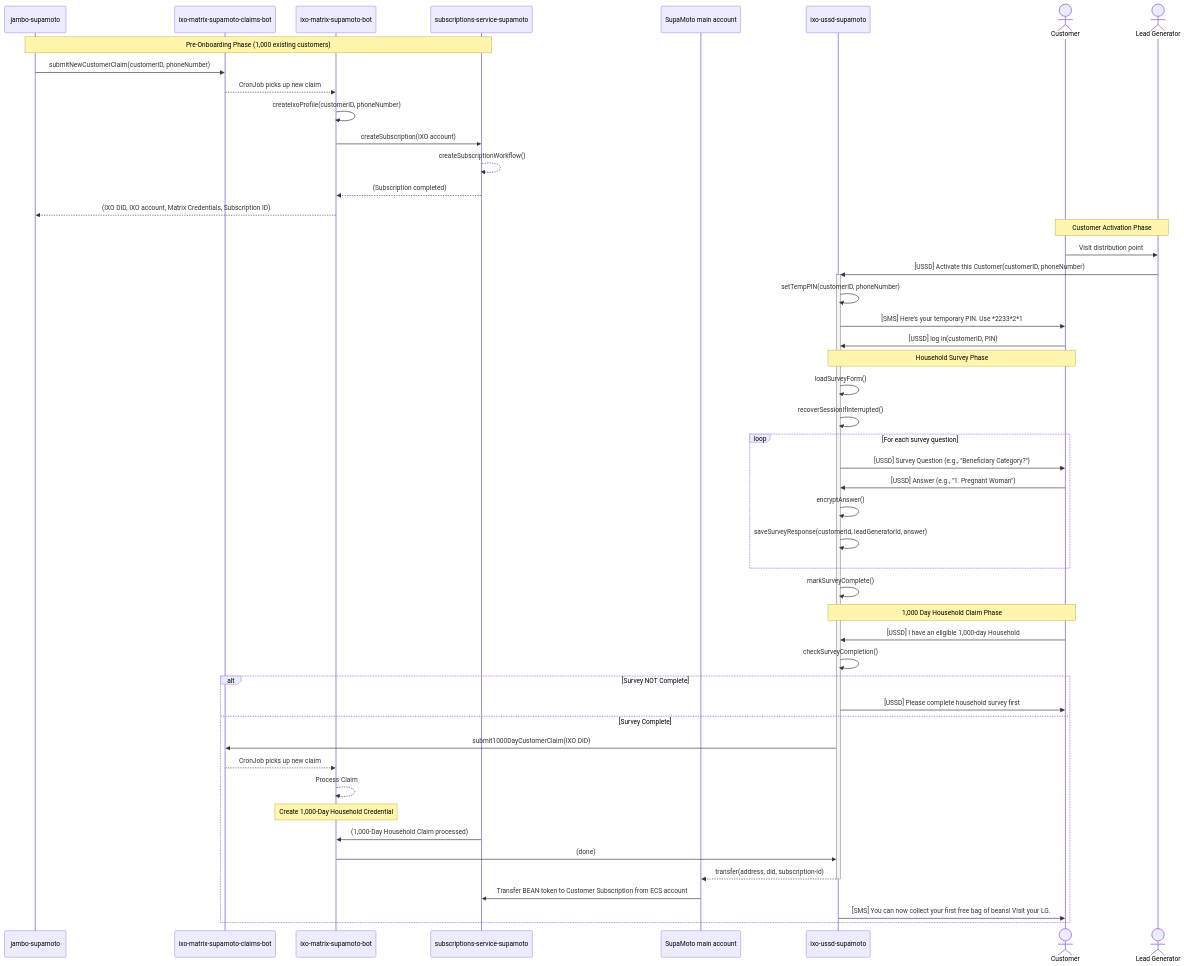
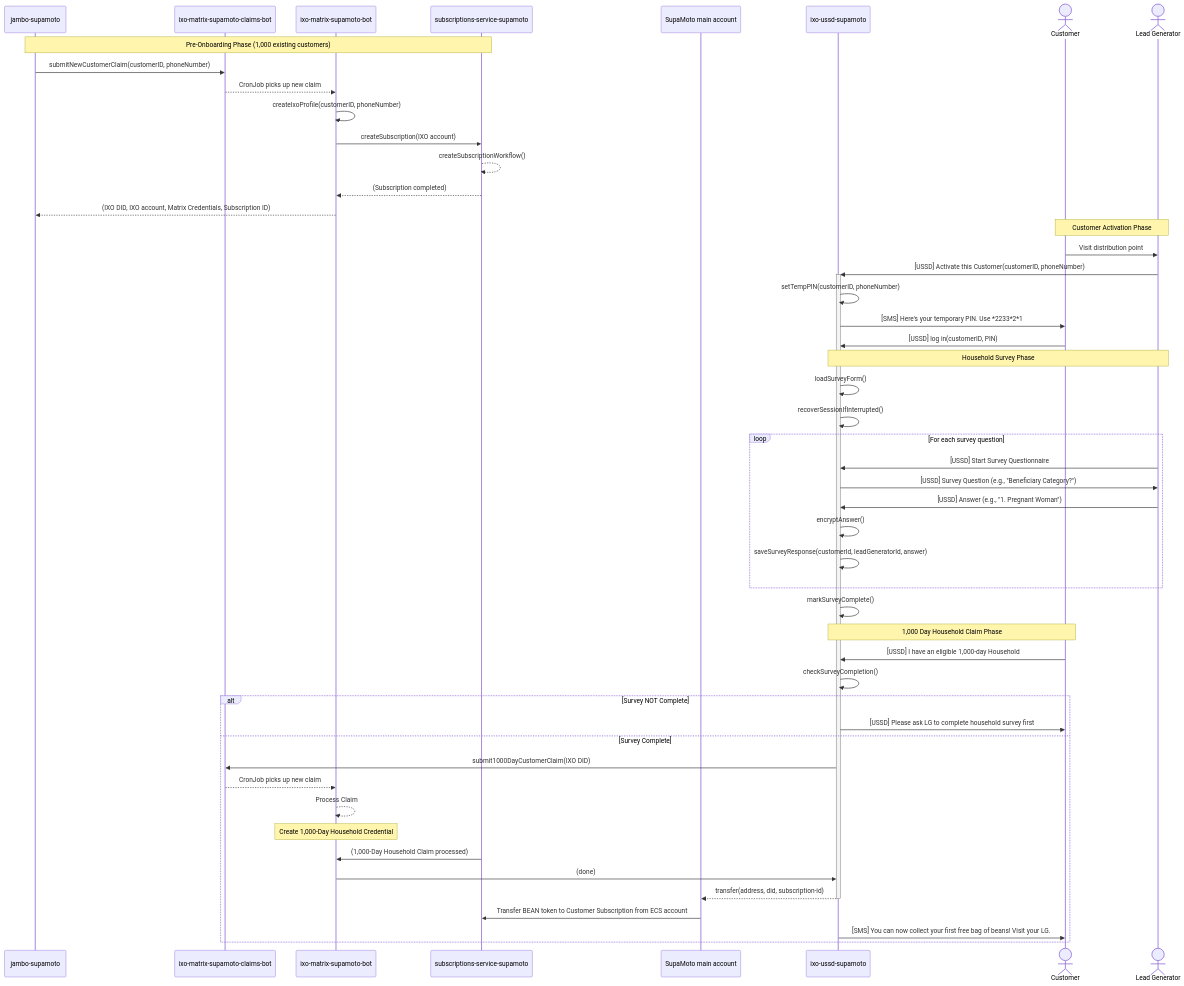
Before and after one commit to emerging-eco/ixo-ussd-supamoto: the first of 4 diagrams in docs/supamoto/SEQUENCE_DIAGRAM.md, drawn with Mermaid. The commit also changed 14 other files, not shown here.

````diff
--- a/docs/supamoto/SEQUENCE_DIAGRAM.md
+++ b/docs/supamoto/SEQUENCE_DIAGRAM.md
@@ -13,55 +13,56 @@
 ```mermaid
 sequenceDiagram
     participant jambo as jambo-supamoto
     participant claims-bot as ixo-matrix-supamoto-claims-bot
     participant matrix-bot as ixo-matrix-supamoto-bot
     participant subs-svc as subscriptions-service-supamoto
     participant SUPA as SupaMoto main account
     participant USSD as ixo-ussd-supamoto
     actor Customer
     actor LG as Lead Generator
 
     Note over jambo,subs-svc: Pre-Onboarding Phase (1,000 existing customers)
     jambo->>claims-bot: submitNewCustomerClaim(customerID, phoneNumber)
     claims-bot-->>matrix-bot: CronJob picks up new claim
     matrix-bot->>matrix-bot: createIxoProfile(customerID, phoneNumber)
     matrix-bot->>subs-svc: createSubscription(IXO account)
     subs-svc-->>subs-svc: createSubscriptionWorkflow()
     subs-svc-->>matrix-bot: (Subscription completed)
     matrix-bot-->>jambo: (IXO DID, IXO account, Matrix Credentials, Subscription ID)
 
     Note over Customer,LG: Customer Activation Phase
     Customer->>LG: Visit distribution point
     LG->>+USSD: [USSD] Activate this Customer(customerID, phoneNumber)
     USSD->>USSD: setTempPIN(customerID, phoneNumber)
     USSD->>Customer: [SMS] Here's your temporary PIN. Use *2233*2*1# to log in and reset your PIN.
     Customer->>USSD: [USSD] log in(customerID, PIN)
 
-    Note over USSD,Customer: Household Survey Phase
+    Note over USSD,LG: Household Survey Phase
     USSD->>USSD: loadSurveyForm()
     USSD->>USSD: recoverSessionIfInterrupted()
     loop For each survey question
-        USSD->>Customer: [USSD] Survey Question (e.g., "Beneficiary Category?")
-        Customer->>USSD: [USSD] Answer (e.g., "1. Pregnant Woman")
+        LG->>USSD: [USSD] Start Survey Questionnaire
+        USSD->>LG: [USSD] Survey Question (e.g., "Beneficiary Category?")
+        LG->>USSD: [USSD] Answer (e.g., "1. Pregnant Woman")
         USSD->>USSD: encryptAnswer()
         USSD->>USSD: saveSurveyResponse(customerId, leadGeneratorId, answer)
     end
     USSD->>USSD: markSurveyComplete()
 
     Note over USSD,Customer: 1,000 Day Household Claim Phase
     Customer->>USSD: [USSD] I have an eligible 1,000-day Household
     USSD->>USSD: checkSurveyCompletion()
     alt Survey NOT Complete
-        USSD->>Customer: [USSD] Please complete household survey first
+        USSD->>Customer: [USSD] Please ask LG to complete household survey first
     else Survey Complete
         USSD->>claims-bot: submit1000DayCustomerClaim(IXO DID)
         claims-bot-->>matrix-bot: CronJob picks up new claim
         matrix-bot-->>matrix-bot: Process Claim
         Note over matrix-bot: Create 1,000-Day Household Credential
         subs-svc->>matrix-bot: (1,000-Day Household Claim processed)
         matrix-bot->>USSD: (done)
         USSD-->>-SUPA: transfer(address, did, subscription-id)
         SUPA->>subs-svc: Transfer BEAN token to Customer Subscription from ECS account
         USSD->>Customer: [SMS] You can now collect your first free bag of beans! Visit your LG.
     end
 ```
````
